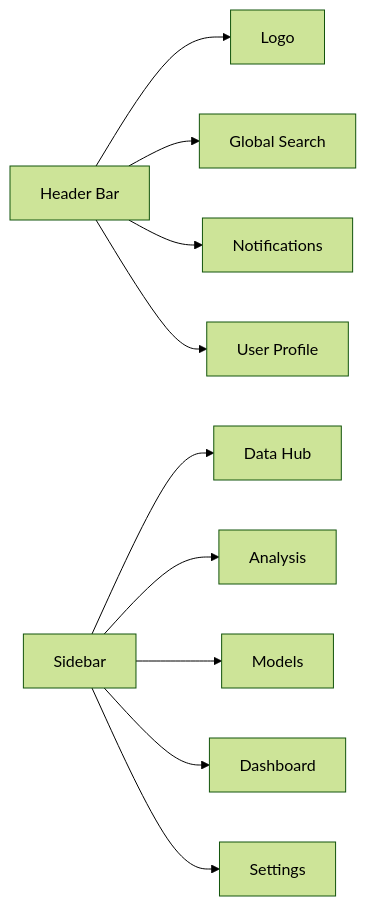
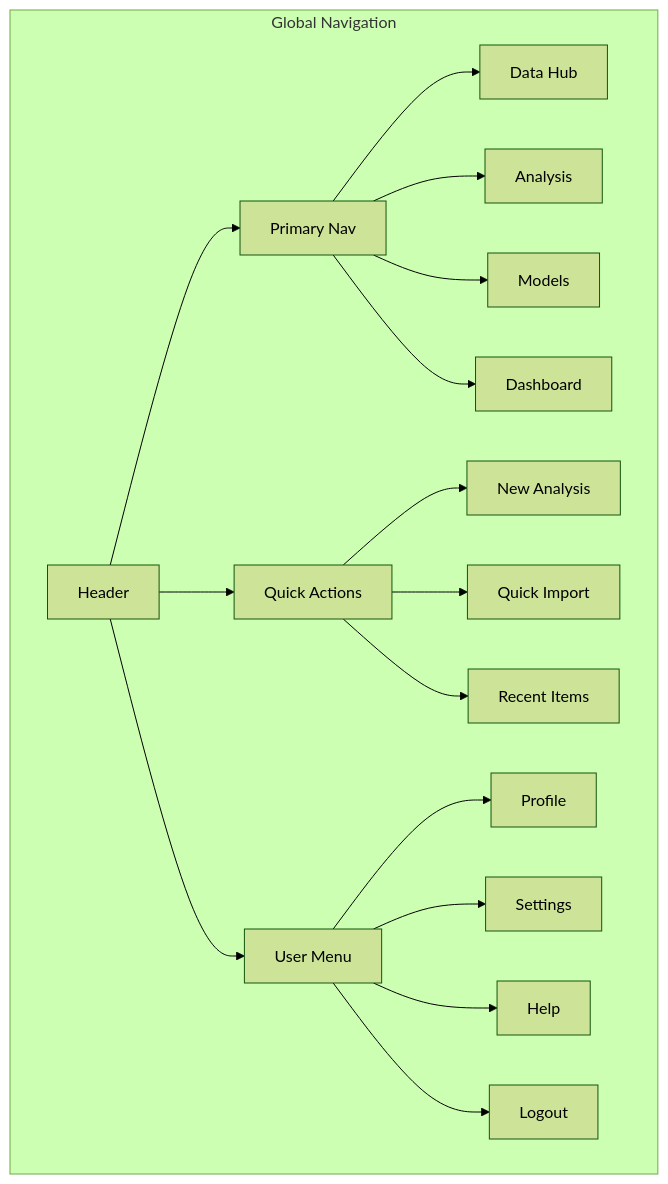
One commit to bhadkamkar9snehil/GeneralAnalyser changed the fourth of 23 diagrams in UI_UX_DESIGN.md. Above: the diagram before and after it, drawn with Mermaid (forest theme). The commit also changed other lines of this file, not shown here.

````diff
--- a/UI_UX_DESIGN.md
+++ b/UI_UX_DESIGN.md
@@ -36,13 +176,22 @@
 ```mermaid
-graph LR
-    A[Header Bar] --> B[Logo]
-    A --> C[Global Search]
-    A --> D[Notifications]
-    A --> E[User Profile]
-    
-    F[Sidebar] --> G[Data Hub]
-    F --> H[Analysis]
-    F --> I[Models]
-    F --> J[Dashboard]
-    F --> K[Settings]
+graph TD
+    subgraph Global Navigation
+        A[Header] --> B[Primary Nav]
+        A --> C[Quick Actions]
+        A --> D[User Menu]
+        
+        B --> B1[Data Hub]
+        B --> B2[Analysis]
+        B --> B3[Models]
+        B --> B4[Dashboard]
+        
+        C --> C1[New Analysis]
+        C --> C2[Quick Import]
+        C --> C3[Recent Items]
+        
+        D --> D1[Profile]
+        D --> D2[Settings]
+        D --> D3[Help]
+        D --> D4[Logout]
+    end
 ```
````
